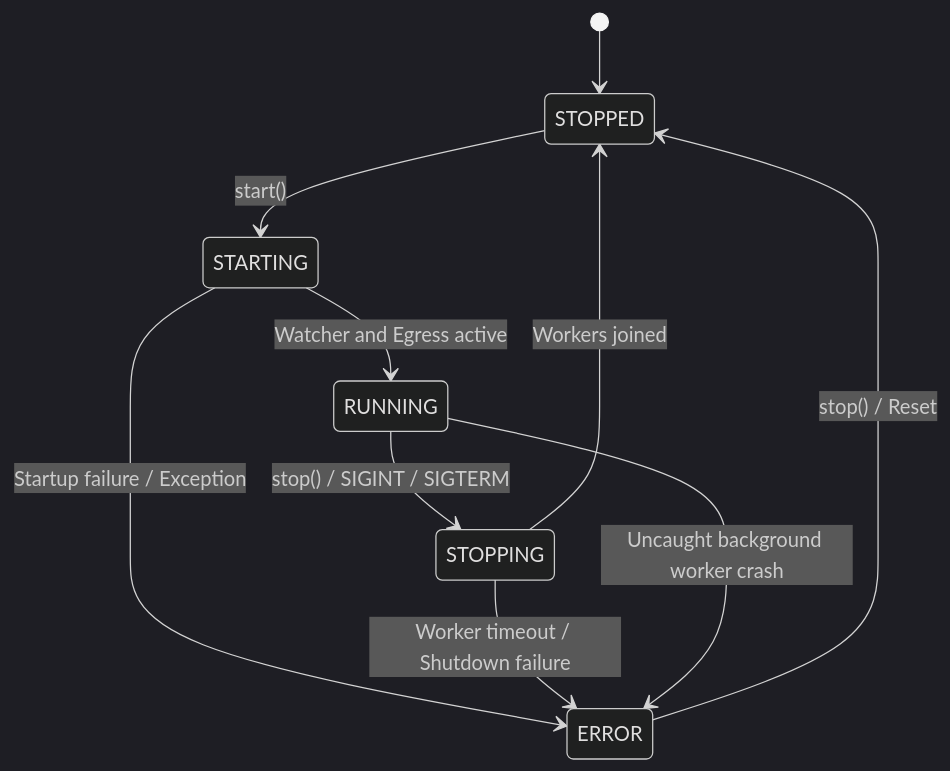
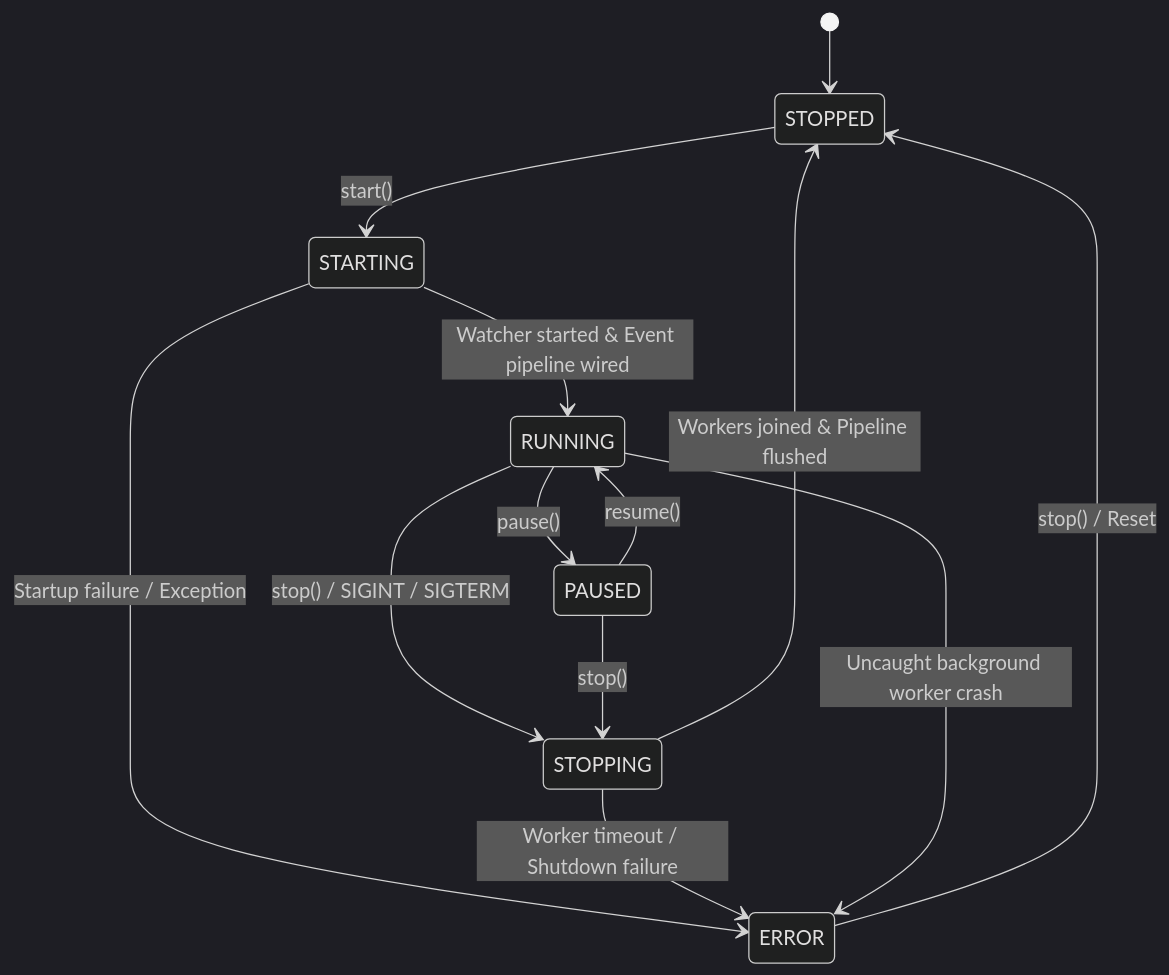
The second of 2 diagrams in architecture/adr/0015_daemon_application_service_orchestration_and_lifecycle.md (mnaatjes/ed-telemetry), drawn with Mermaid (dark theme) before and after one commit. The commit also changed other lines of this file, not shown here.

````diff
--- a/architecture/adr/0015_daemon_application_service_orchestration_and_lifecycle.md
+++ b/architecture/adr/0015_daemon_application_service_orchestration_and_lifecycle.md
@@ -147,12 +166,18 @@
 ```mermaid
 stateDiagram-v2
     [*] --> STOPPED
     STOPPED --> STARTING: start()
-    STARTING --> RUNNING: Watcher and Egress active
+    STARTING --> RUNNING: Watcher started & Event pipeline wired
     STARTING --> ERROR: Startup failure / Exception
+
+    RUNNING --> PAUSED: pause()
+    PAUSED --> RUNNING: resume()
+
     RUNNING --> STOPPING: stop() / SIGINT / SIGTERM
-    STOPPING --> STOPPED: Workers joined
+    PAUSED --> STOPPING: stop()
+    STOPPING --> STOPPED: Workers joined & Pipeline flushed
     STOPPING --> ERROR: Worker timeout / Shutdown failure
+
     ERROR --> STOPPED: stop() / Reset
     RUNNING --> ERROR: Uncaught background worker crash
 ```
````
